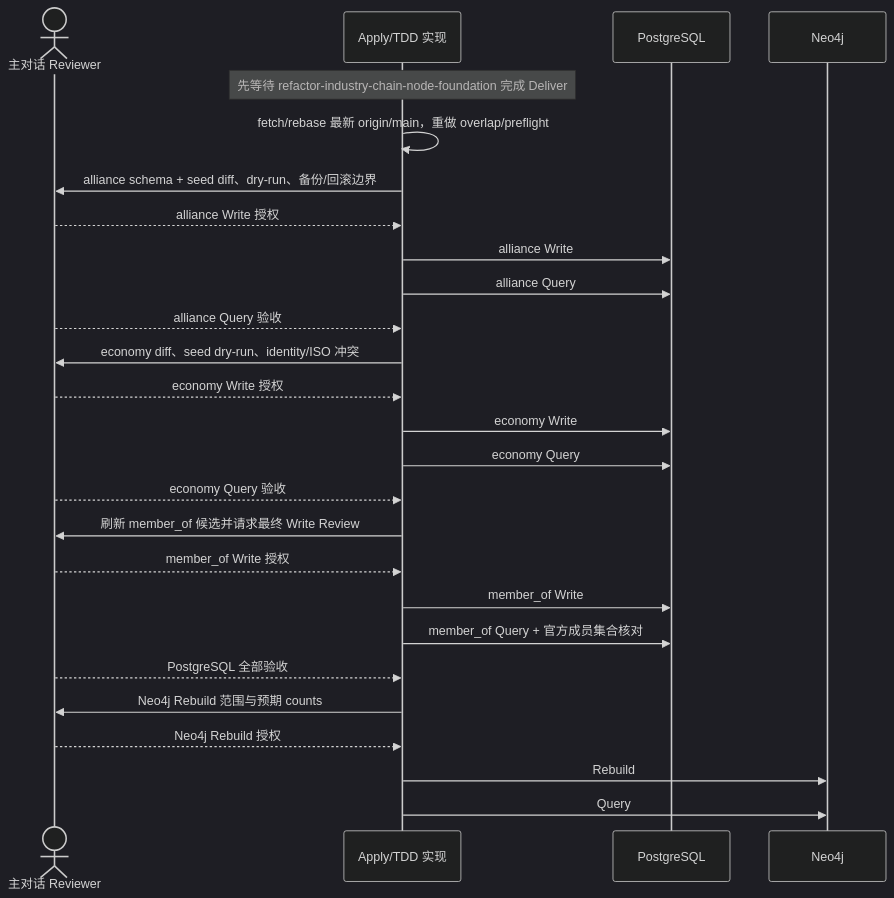
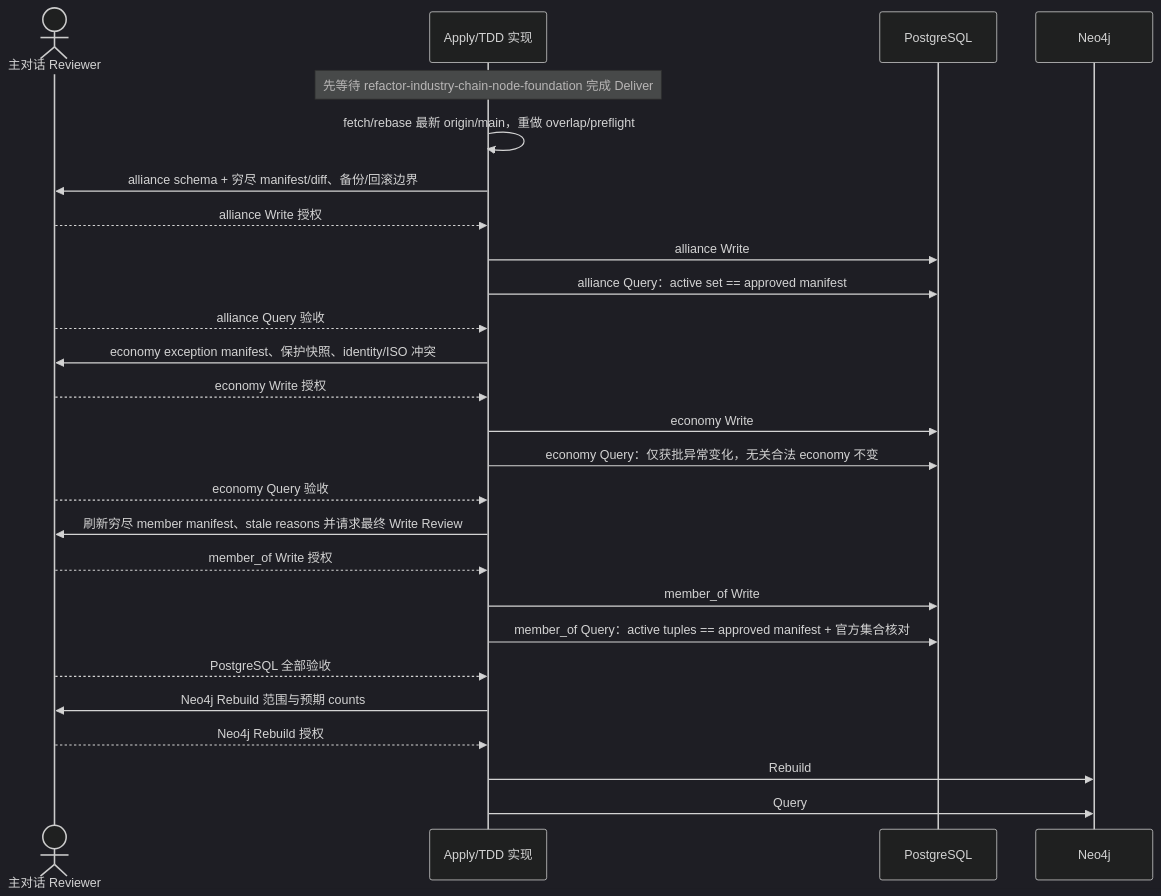
The second of 2 diagrams in openspec/changes/reinitialize-alliance-economy-foundation/design.md (meierlink88/tidewise-ai), drawn with Mermaid (dark theme) before and after one commit. The commit also changed other lines of this file and 5 other files, not shown here.

````diff
--- a/openspec/changes/reinitialize-alliance-economy-foundation/design.md
+++ b/openspec/changes/reinitialize-alliance-economy-foundation/design.md
@@ -106,29 +132,29 @@
 ```mermaid
 sequenceDiagram
     actor Reviewer as 主对话 Reviewer
     participant Apply as Apply/TDD 实现
     participant PG as PostgreSQL
     participant Neo4j as Neo4j
 
     Note over Apply: 先等待 refactor-industry-chain-node-foundation 完成 Deliver
     Apply->>Apply: fetch/rebase 最新 origin/main，重做 overlap/preflight
-    Apply->>Reviewer: alliance schema + seed diff、dry-run、备份/回滚边界
+    Apply->>Reviewer: alliance schema + 穷尽 manifest/diff、备份/回滚边界
     Reviewer-->>Apply: alliance Write 授权
     Apply->>PG: alliance Write
-    Apply->>PG: alliance Query
+    Apply->>PG: alliance Query：active set == approved manifest
     Reviewer-->>Apply: alliance Query 验收
-    Apply->>Reviewer: economy diff、seed dry-run、identity/ISO 冲突
+    Apply->>Reviewer: economy exception manifest、保护快照、identity/ISO 冲突
     Reviewer-->>Apply: economy Write 授权
     Apply->>PG: economy Write
-    Apply->>PG: economy Query
+    Apply->>PG: economy Query：仅获批异常变化，无关合法 economy 不变
     Reviewer-->>Apply: economy Query 验收
-    Apply->>Reviewer: 刷新 member_of 候选并请求最终 Write Review
+    Apply->>Reviewer: 刷新穷尽 member manifest、stale reasons 并请求最终 Write Review
     Reviewer-->>Apply: member_of Write 授权
     Apply->>PG: member_of Write
-    Apply->>PG: member_of Query + 官方成员集合核对
+    Apply->>PG: member_of Query：active tuples == approved manifest + 官方集合核对
     Reviewer-->>Apply: PostgreSQL 全部验收
     Apply->>Reviewer: Neo4j Rebuild 范围与预期 counts
     Reviewer-->>Apply: Neo4j Rebuild 授权
     Apply->>Neo4j: Rebuild
     Apply->>Neo4j: Query
 ```
````
